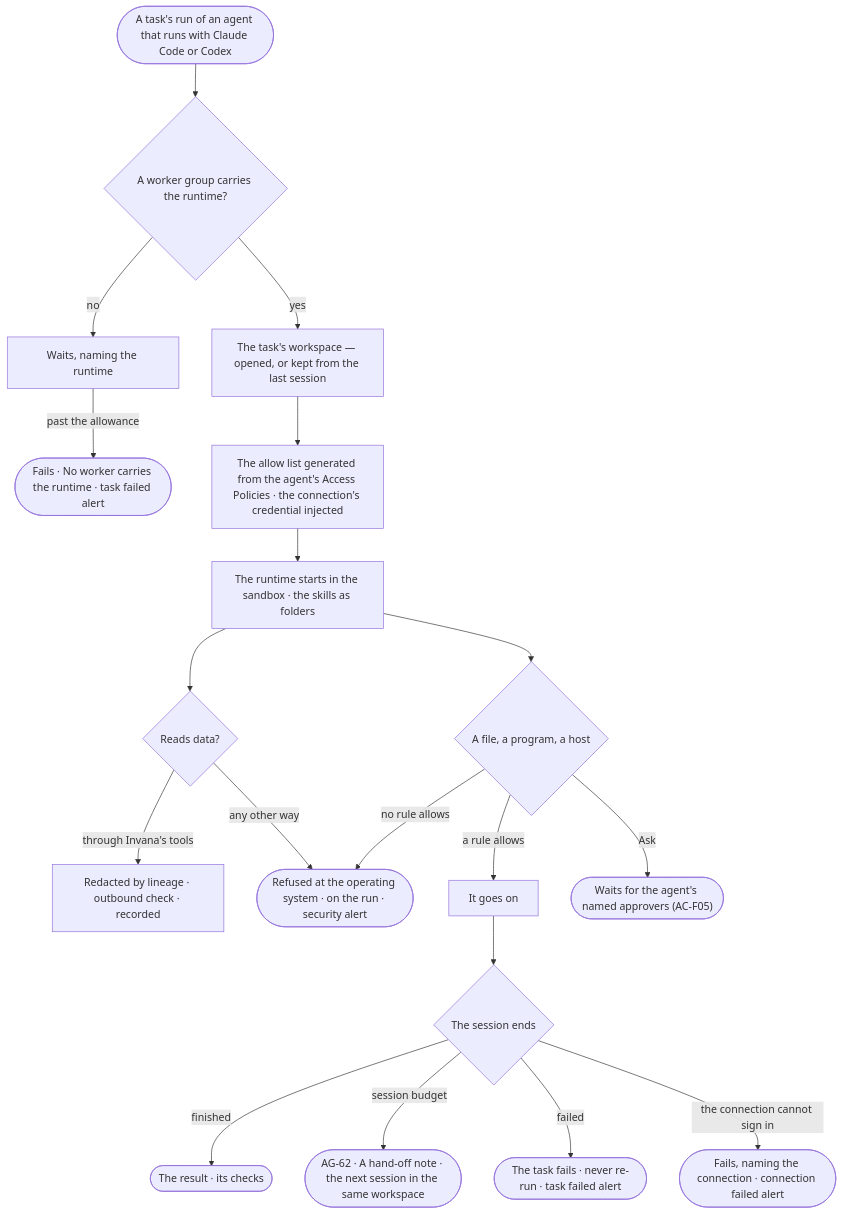
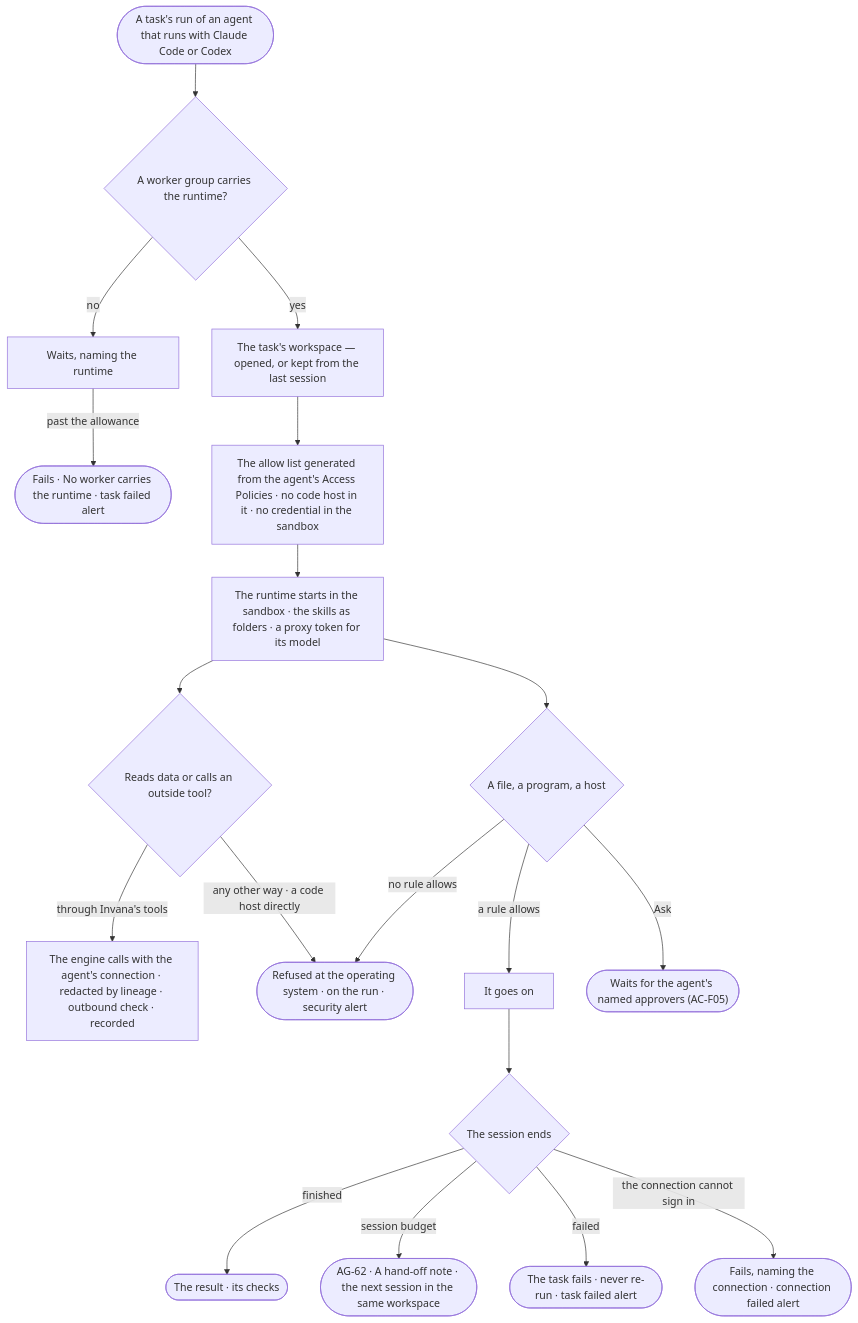
Before and after one commit to invana/invana: the diagram in specs/os/control/features/CP-F03-workers-and-the-queue/stories/CP-65-run-an-outside-runtime-safely-on-a-worker/story.md, drawn with Mermaid. The commit also changed other lines of this file and 13 other files, not shown here.

````diff
--- a/specs/os/control/features/CP-F03-workers-and-the-queue/stories/CP-65-run-an-outside-runtime-safely-on-a-worker/story.md
+++ b/specs/os/control/features/CP-F03-workers-and-the-queue/stories/CP-65-run-an-outside-runtime-safely-on-a-worker/story.md
@@ -30,20 +30,20 @@
 ```mermaid
 flowchart TD
   s([A task's run of an agent that runs with Claude Code or Codex]) --> q{"A worker group carries the runtime?"}
   q -->|no| w["Waits, naming the runtime"] -->|past the allowance| nf(["Fails · No worker carries the runtime · task failed alert"])
   q -->|yes| ws["The task's workspace — opened, or kept from the last session"]
-  ws --> al["The allow list generated from the agent's Access Policies · the connection's credential injected"]
-  al --> rt["The runtime starts in the sandbox · the skills as folders"]
-  rt --> data{"Reads data?"}
-  data -->|through Invana's tools| tl["Redacted by lineage · outbound check · recorded"]
-  data -->|any other way| ref
+  ws --> al["The allow list generated from the agent's Access Policies · no code host in it · no credential in the sandbox"]
+  al --> rt["The runtime starts in the sandbox · the skills as folders · a proxy token for its model"]
+  rt --> data{"Reads data or calls an outside tool?"}
+  data -->|through Invana's tools| tl["The engine calls with the agent's connection · redacted by lineage · outbound check · recorded"]
+  data -->|any other way · a code host directly| ref
   rt --> act{"A file, a program, a host"}
   act -->|a rule allows| go["It goes on"]
   act -->|Ask| ask(["Waits for the agent's named approvers (AC-F05)"])
   act -->|no rule allows| ref(["Refused at the operating system · on the run · security alert"])
   go --> e{"The session ends"}
   e -->|finished| r(["The result · its checks"])
   e -->|session budget| ho(["AG-62 · A hand-off note · the next session in the same workspace"])
   e -->|failed| f(["The task fails · never re-run · task failed alert"])
   e -->|the connection cannot sign in| cf(["Fails, naming the connection · connection failed alert"])
 ```
````
